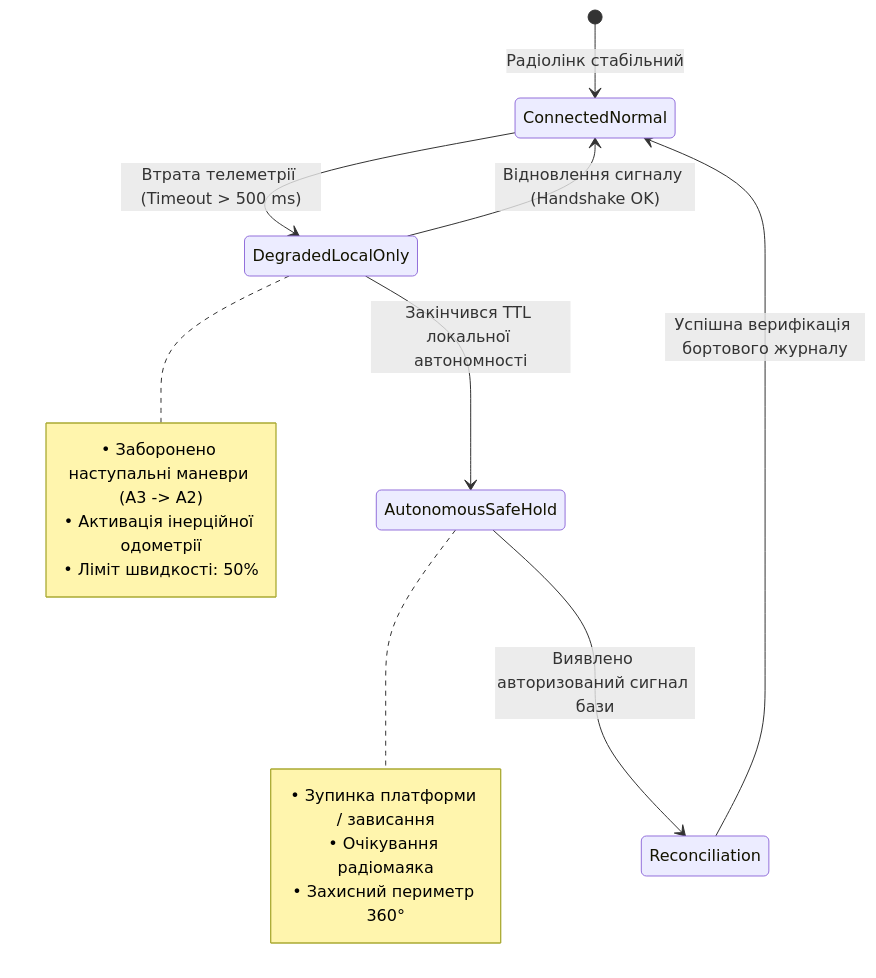
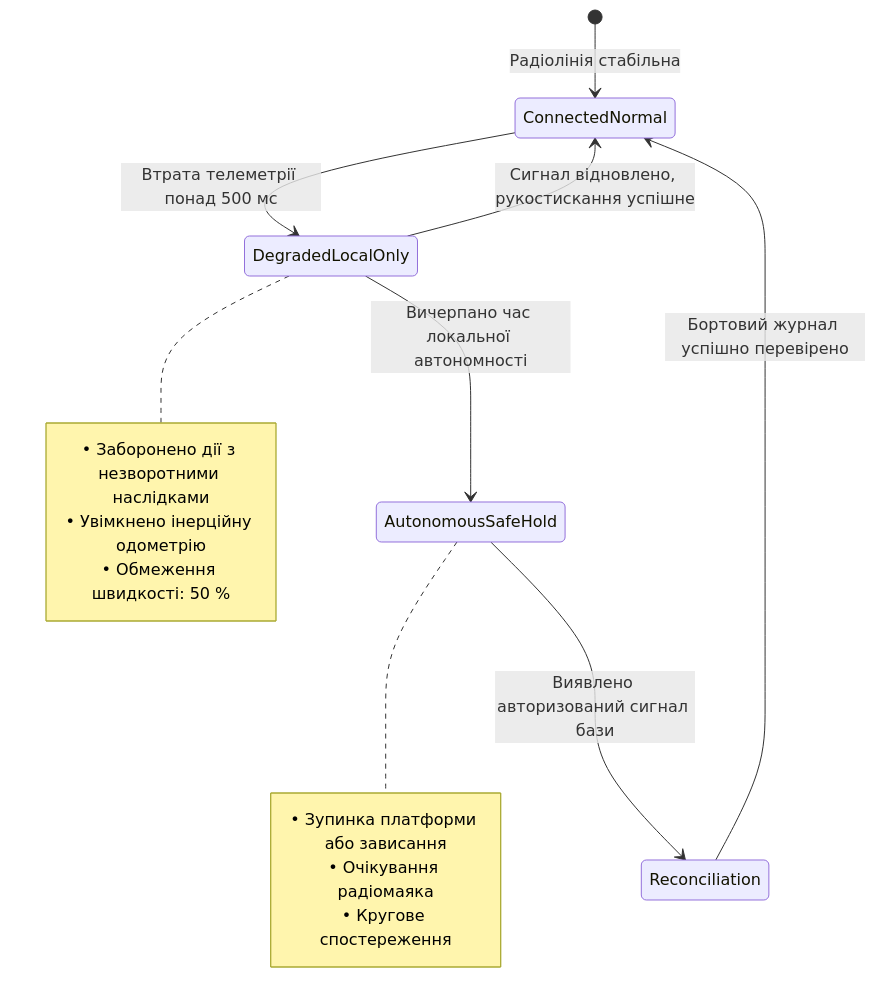
The fifth of 8 diagrams in ExpertSystem/appendix-b-robotics-and-cyber-physical-systems.md (nick-fedchik/articles), drawn with Mermaid before and after one commit. The commit also changed other lines of this file, not shown here.

````diff
--- a/ExpertSystem/appendix-b-robotics-and-cyber-physical-systems.md
+++ b/ExpertSystem/appendix-b-robotics-and-cyber-physical-systems.md
@@ -327,26 +298,26 @@
 ```mermaid
 stateDiagram-v2
-    accTitle: Автомат режимів автономності робота при втраті зв'язку
-    accDescr: Переходи між ConnectedNormal, DegradedLocalOnly, AutonomousSafeHold та Reconciliation.
+    accTitle: Автомат режимів автономності робота за втрати зв'язку
+    accDescr: Переходи між нормальним режимом зі зв'язком, локальним деградованим режимом, безпечним утриманням і узгодженням після відновлення зв'язку.
 
-    [*] --> ConnectedNormal: Радіолінк стабільний
+    [*] --> ConnectedNormal: Радіолінія стабільна
 
-    ConnectedNormal --> DegradedLocalOnly: Втрата телеметрії (Timeout > 500 ms)
+    ConnectedNormal --> DegradedLocalOnly: Втрата телеметрії понад 500 мс
     note right of DegradedLocalOnly
-        • Заборонено наступальні маневри (A3 -> A2)
-        • Активація інерційної одометрії
-        • Ліміт швидкості: 50%
+        • Заборонено дії з незворотними наслідками
+        • Увімкнено інерційну одометрію
+        • Обмеження швидкості: 50 %
     end note
 
-    DegradedLocalOnly --> AutonomousSafeHold: Закінчився TTL локальної автономності
+    DegradedLocalOnly --> AutonomousSafeHold: Вичерпано час локальної автономності
     note right of AutonomousSafeHold
-        • Зупинка платформи / зависання
+        • Зупинка платформи або зависання
         • Очікування радіомаяка
-        • Захисний периметр 360°
+        • Кругове спостереження
     end note
 
-    DegradedLocalOnly --> ConnectedNormal: Відновлення сигналу (Handshake OK)
+    DegradedLocalOnly --> ConnectedNormal: Сигнал відновлено, рукостискання успішне
 
     AutonomousSafeHold --> Reconciliation: Виявлено авторизований сигнал бази
-    Reconciliation --> ConnectedNormal: Успішна верифікація бортового журналу
+    Reconciliation --> ConnectedNormal: Бортовий журнал успішно перевірено
 ```
````
